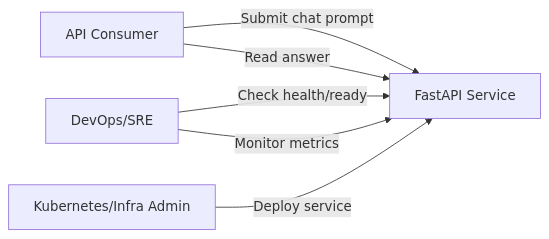
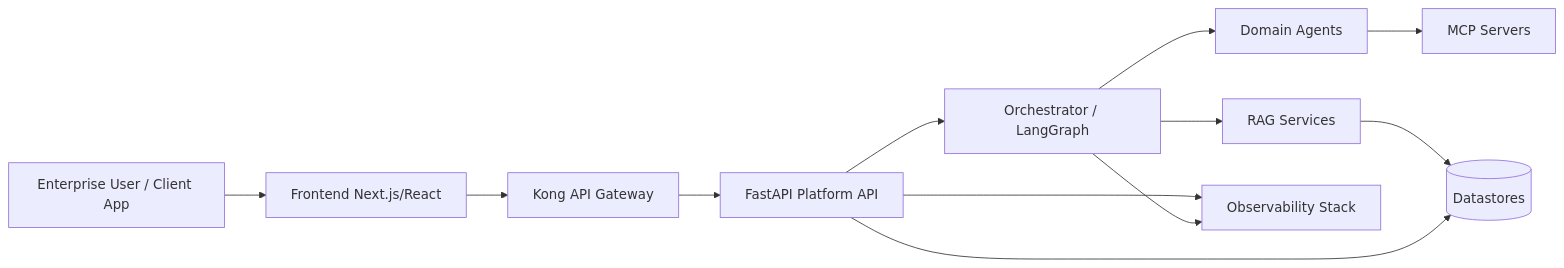
The first of 5 diagrams in docs/uml-artifacts.md (GreecyInfotech/SingleAgent), drawn with Mermaid before and after one commit. The commit also changed other lines of this file and 20 other files, not shown here.

First line of the commit message:
Optimize MCP architecture, caching, and test reliability.

````diff
--- a/docs/uml-artifacts.md
+++ b/docs/uml-artifacts.md
@@ -7,13 +7,22 @@
 ```mermaid
 flowchart LR
-    User[API Consumer]
-    DevOps[DevOps/SRE]
-    Platform[Kubernetes/Infra Admin]
-    API[FastAPI Service]
+    User[Enterprise User / Client App]
+    FE[Frontend Next.js/React]
+    Gateway[Kong API Gateway]
+    API[FastAPI Platform API]
+    Orch[Orchestrator / LangGraph]
+    Agents[Domain Agents]
+    Rag[RAG Services]
+    MCP[MCP Servers]
+    DB[(Datastores)]
+    Obs[Observability Stack]
 
-    User -->|Submit chat prompt| API
-    User -->|Read answer| API
-    DevOps -->|Check health/ready| API
-    DevOps -->|Monitor metrics| API
-    Platform -->|Deploy service| API
+    User --> FE --> Gateway --> API
+    API --> Orch --> Agents
+    Orch --> Rag
+    Agents --> MCP
+    Rag --> DB
+    API --> DB
+    API --> Obs
+    Orch --> Obs
 ```
````
